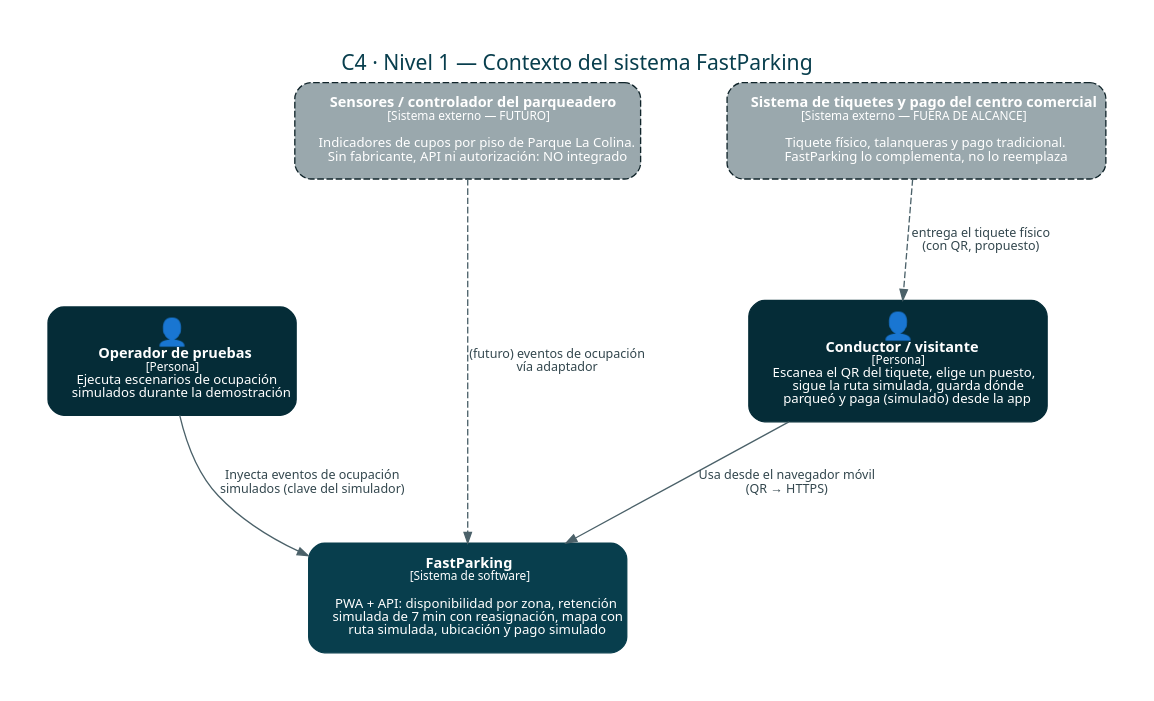
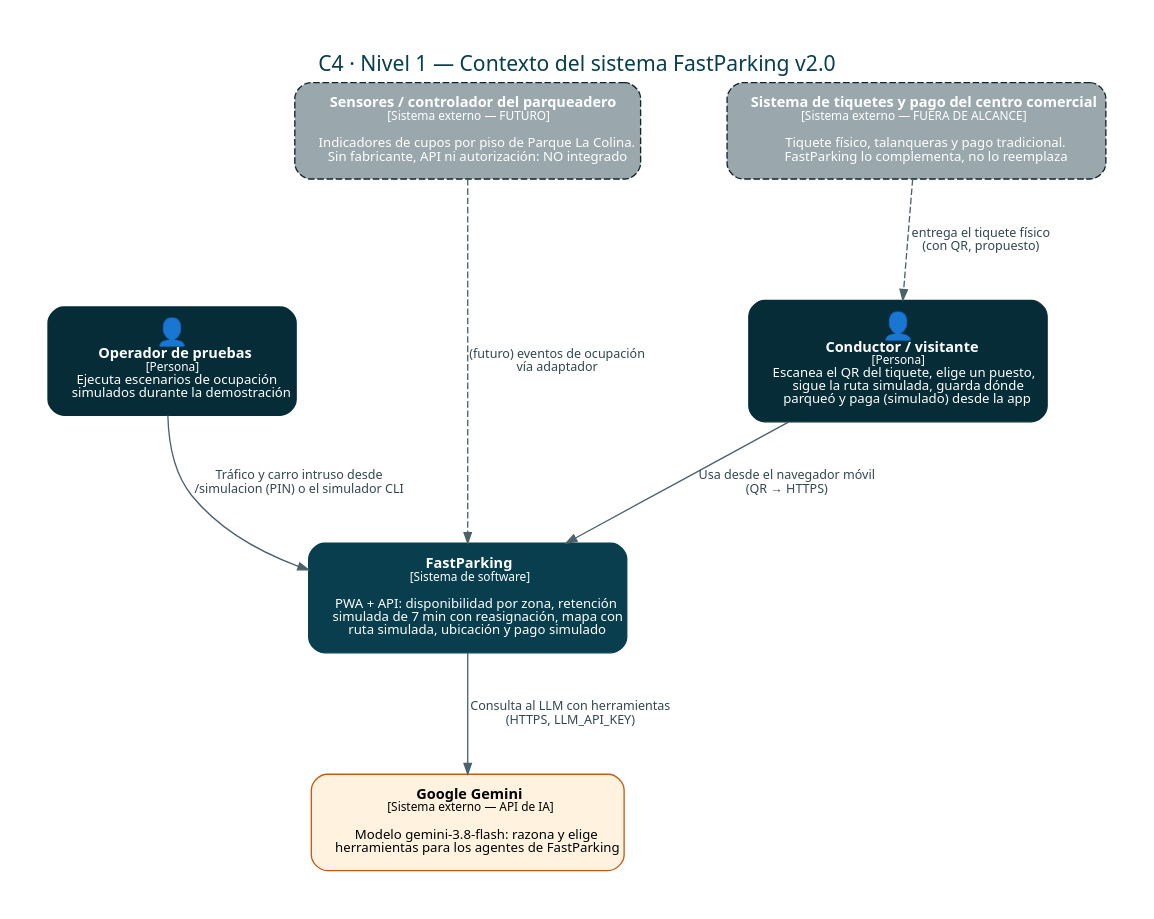
Before and after one commit to N4SL7/fastparking: the diagram in docs/diagramas/fuentes/c4-nivel1-contexto.dot, drawn with Graphviz. The commit also changed 22 other files, not shown here.

First line of the commit message:
docs: documento técnico v2.0, plan de trabajo al 100 %, diagramas y guion de sustentación

```diff
--- a/docs/diagramas/fuentes/c4-nivel1-contexto.dot
+++ b/docs/diagramas/fuentes/c4-nivel1-contexto.dot
@@ -1,16 +1,18 @@
 digraph C4_1 { graph [fontname="Segoe UI,Arial,Helvetica,sans-serif", pad=0.4, nodesep=0.9, ranksep=1.0, bgcolor="white", labelloc=t, fontsize=16, fontcolor="#083E4D"];
 node [fontname="Segoe UI,Arial,Helvetica,sans-serif", fontsize=11, margin="0.25,0.15", width=2.6];
 edge [fontname="Segoe UI,Arial,Helvetica,sans-serif", fontsize=9.5, color="#4b6169", fontcolor="#33474e", arrowsize=0.8];
-graph [label="C4 · Nivel 1 — Contexto del sistema FastParking"];
+graph [label="C4 · Nivel 1 — Contexto del sistema FastParking v2.0"];
 conductor [shape=box, style="rounded,filled", fillcolor="#052c37", color="#052c37", fontcolor="white", label=<<FONT POINT-SIZE="20">👤</FONT><BR/><B>Conductor / visitante</B><BR/><FONT POINT-SIZE="9">[Persona]</FONT><BR/><FONT POINT-SIZE="10">Escanea el QR del tiquete, elige un puesto,<BR/>sigue la ruta simulada, guarda dónde<BR/>parqueó y paga (simulado) desde la app</FONT>>];
 operador [shape=box, style="rounded,filled", fillcolor="#052c37", color="#052c37", fontcolor="white", label=<<FONT POINT-SIZE="20">👤</FONT><BR/><B>Operador de pruebas</B><BR/><FONT POINT-SIZE="9">[Persona]</FONT><BR/><FONT POINT-SIZE="10">Ejecuta escenarios de ocupación<BR/>simulados durante la demostración</FONT>>];
 fp [shape=box, style="rounded,filled", fillcolor="#083E4D", color="#083E4D", label=<<B>FastParking</B><BR/><FONT POINT-SIZE="9">[Sistema de software]</FONT><BR/><BR/><FONT POINT-SIZE="10">PWA + API: disponibilidad por zona, retención<BR/>simulada de 7 min con reasignación, mapa con<BR/>ruta simulada, ubicación y pago simulado</FONT>>, fontcolor="white"];
 sens [shape=box, style="rounded,filled,dashed", fillcolor="#9aa8ad", color="#10242a", label=<<B>Sensores / controlador del parqueadero</B><BR/><FONT POINT-SIZE="9">[Sistema externo — FUTURO]</FONT><BR/><BR/><FONT POINT-SIZE="10">Indicadores de cupos por piso de Parque La Colina.<BR/>Sin fabricante, API ni autorización: NO integrado</FONT>>, fontcolor="white"];
 cc [shape=box, style="rounded,filled,dashed", fillcolor="#9aa8ad", color="#10242a", label=<<B>Sistema de tiquetes y pago del centro comercial</B><BR/><FONT POINT-SIZE="9">[Sistema externo — FUERA DE ALCANCE]</FONT><BR/><BR/><FONT POINT-SIZE="10">Tiquete físico, talanqueras y pago tradicional.<BR/>FastParking lo complementa, no lo reemplaza</FONT>>, fontcolor="white"];
 conductor -> fp [label="  Usa desde el navegador móvil\n  (QR → HTTPS)"];
-operador -> fp [label="  Inyecta eventos de ocupación\n  simulados (clave del simulador)"];
+operador -> fp [label="  Tráfico y carro intruso desde\n  /simulacion (PIN) o el simulador CLI"];
 sens -> fp [style=dashed, label="  (futuro) eventos de ocupación\n  vía adaptador"];
 cc -> conductor [style=dashed, label="  entrega el tiquete físico\n  (con QR, propuesto)"];
+gem [shape=box, style="rounded,filled", fillcolor="#fff3e0", color="#c55a11", label=<<B>Google Gemini</B><BR/><FONT POINT-SIZE="9">[Sistema externo — API de IA]</FONT><BR/><BR/><FONT POINT-SIZE="10">Modelo gemini-3.8-flash: razona y elige<BR/>herramientas para los agentes de FastParking</FONT>>];
+fp -> gem [label="  Consulta al LLM con herramientas\n  (HTTPS, LLM_API_KEY)"];
 {rank=same; conductor; operador}
 {rank=same; sens; cc}
 }
```
